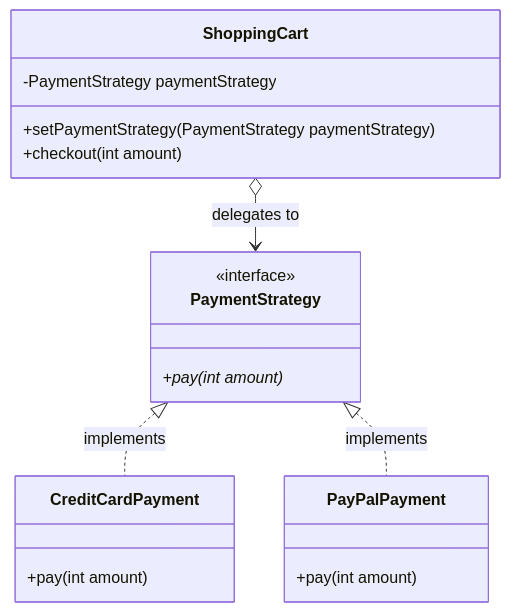
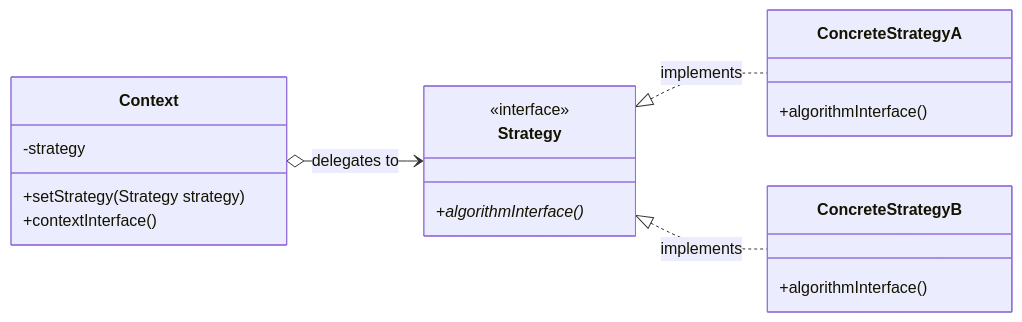
One commit to MaiTheHao/docs changed the first of 5 diagrams in release/design_patterns/behavioral/strategy.md. Above: the diagram before and after it, drawn with Mermaid. The commit also changed other lines of this file and 9 other files, not shown here.

````diff
--- a/release/design_patterns/behavioral/strategy.md
+++ b/release/design_patterns/behavioral/strategy.md
@@ -25,22 +36,26 @@
 ```mermaid
 classDiagram
-    class PaymentStrategy {
+    direction LR
+    accTitle: "Sơ đồ cấu trúc lớp của Strategy Pattern"
+    accDescr: "Biểu diễn mối quan hệ ủy quyền giữa Context và giao diện Strategy cùng các lớp triển khai cụ thể"
+
+    class Context {
+        -strategy
+        +setStrategy(Strategy strategy)
+        +contextInterface()
+    }
+    class Strategy {
         <<interface>>
-        +pay(int amount)*
+        +algorithmInterface()*
     }
-    class CreditCardPayment {
-        +pay(int amount)
+    class ConcreteStrategyA {
+        +algorithmInterface()
     }
-    class PayPalPayment {
-        +pay(int amount)
-    }
-    class ShoppingCart {
-        -PaymentStrategy paymentStrategy
-        +setPaymentStrategy(PaymentStrategy paymentStrategy)
-        +checkout(int amount)
+    class ConcreteStrategyB {
+        +algorithmInterface()
     }
 
-    PaymentStrategy <|.. CreditCardPayment : implements
-    PaymentStrategy <|.. PayPalPayment : implements
-    ShoppingCart o--> PaymentStrategy : delegates to
+    Context o--> Strategy : delegates to
+    Strategy <|.. ConcreteStrategyA : implements
+    Strategy <|.. ConcreteStrategyB : implements
 ```
````
